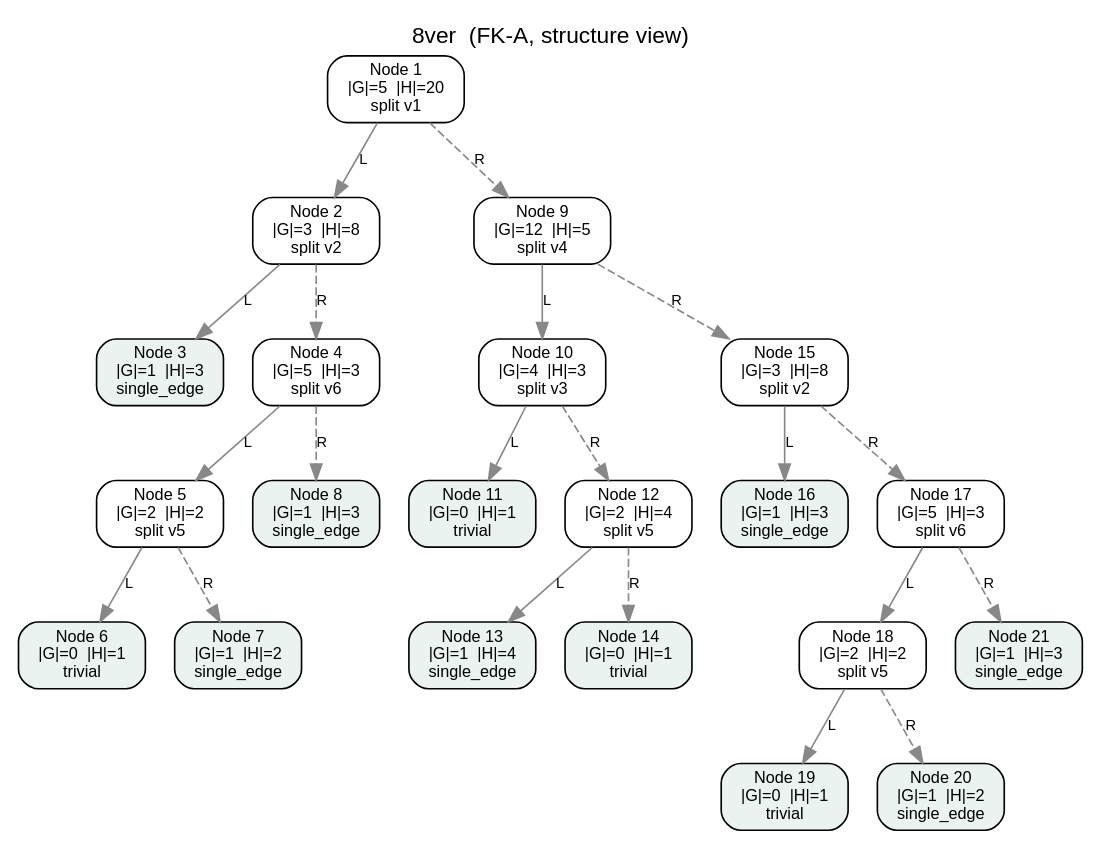
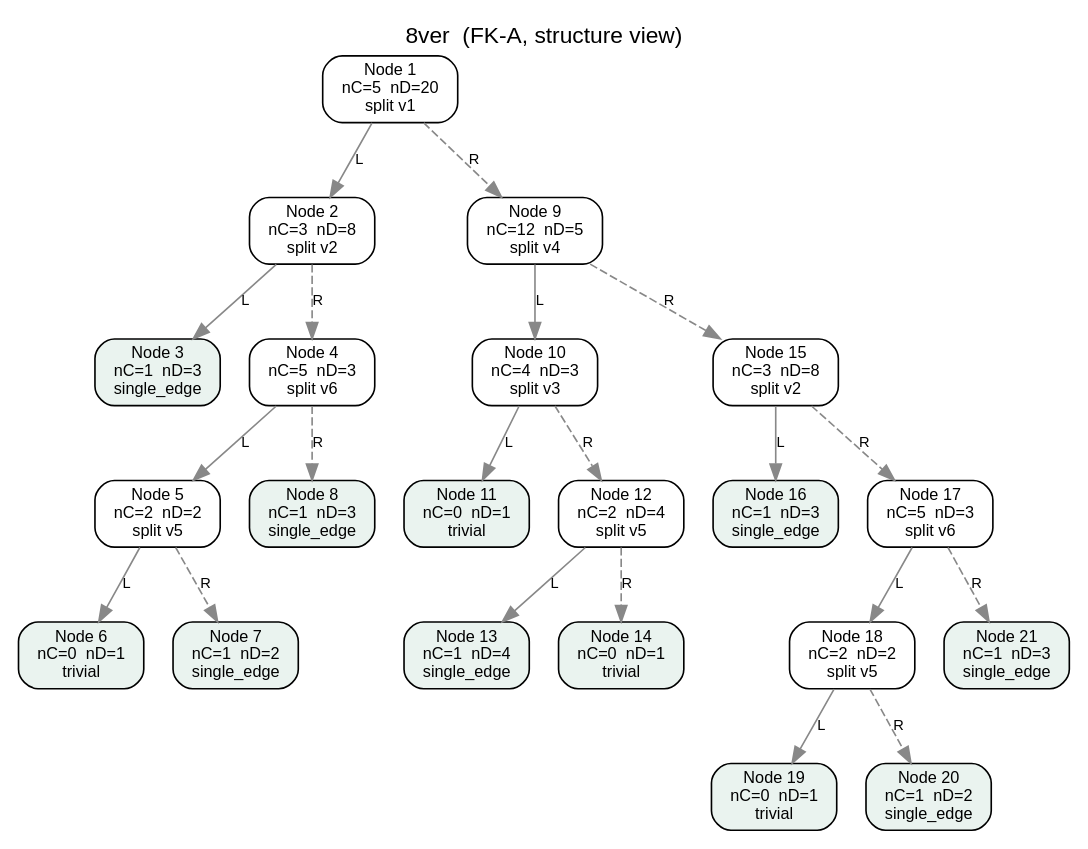
The diagram in results/8ver.fk-a.modified.dot (symonyeal/Hypergraph-Dualization), drawn with Graphviz before and after one commit. The commit also changed 203 other files, not shown here.

```diff
--- a/results/8ver.fk-a.modified.dot
+++ b/results/8ver.fk-a.modified.dot
@@ -1,47 +1,47 @@
 digraph FKA {
   rankdir=TB;
   graph [fontname="Helvetica", labelloc="t", label="8ver  (FK-A, structure view)"];
   node [shape=box, style="rounded,filled", fillcolor="#ffffff", fontname="Helvetica", fontsize=10];
   edge [fontname="Helvetica", fontsize=9, color="#888888"];
-  n1 [label="Node 1\n|G|=5  |H|=20\nsplit v1", fillcolor="#ffffff"];
-  n2 [label="Node 2\n|G|=3  |H|=8\nsplit v2", fillcolor="#ffffff"];
-  n3 [label="Node 3\n|G|=1  |H|=3\nsingle_edge", fillcolor="#eaf3ef"];
-  n4 [label="Node 4\n|G|=5  |H|=3\nsplit v6", fillcolor="#ffffff"];
-  n5 [label="Node 5\n|G|=2  |H|=2\nsplit v5", fillcolor="#ffffff"];
-  n6 [label="Node 6\n|G|=0  |H|=1\ntrivial", fillcolor="#eaf3ef"];
-  n7 [label="Node 7\n|G|=1  |H|=2\nsingle_edge", fillcolor="#eaf3ef"];
-  n8 [label="Node 8\n|G|=1  |H|=3\nsingle_edge", fillcolor="#eaf3ef"];
-  n9 [label="Node 9\n|G|=12  |H|=5\nsplit v4", fillcolor="#ffffff"];
-  n10 [label="Node 10\n|G|=4  |H|=3\nsplit v3", fillcolor="#ffffff"];
-  n11 [label="Node 11\n|G|=0  |H|=1\ntrivial", fillcolor="#eaf3ef"];
-  n12 [label="Node 12\n|G|=2  |H|=4\nsplit v5", fillcolor="#ffffff"];
-  n13 [label="Node 13\n|G|=1  |H|=4\nsingle_edge", fillcolor="#eaf3ef"];
-  n14 [label="Node 14\n|G|=0  |H|=1\ntrivial", fillcolor="#eaf3ef"];
-  n15 [label="Node 15\n|G|=3  |H|=8\nsplit v2", fillcolor="#ffffff"];
-  n16 [label="Node 16\n|G|=1  |H|=3\nsingle_edge", fillcolor="#eaf3ef"];
-  n17 [label="Node 17\n|G|=5  |H|=3\nsplit v6", fillcolor="#ffffff"];
-  n18 [label="Node 18\n|G|=2  |H|=2\nsplit v5", fillcolor="#ffffff"];
-  n19 [label="Node 19\n|G|=0  |H|=1\ntrivial", fillcolor="#eaf3ef"];
-  n20 [label="Node 20\n|G|=1  |H|=2\nsingle_edge", fillcolor="#eaf3ef"];
-  n21 [label="Node 21\n|G|=1  |H|=3\nsingle_edge", fillcolor="#eaf3ef"];
+  n1 [label="Node 1\nnC=5  nD=20\nsplit v1", fillcolor="#ffffff"];
+  n2 [label="Node 2\nnC=3  nD=8\nsplit v2", fillcolor="#ffffff"];
+  n3 [label="Node 3\nnC=1  nD=3\nsingle_edge", fillcolor="#eaf3ef"];
+  n4 [label="Node 4\nnC=5  nD=3\nsplit v6", fillcolor="#ffffff"];
+  n5 [label="Node 5\nnC=2  nD=2\nsplit v5", fillcolor="#ffffff"];
+  n6 [label="Node 6\nnC=0  nD=1\ntrivial", fillcolor="#eaf3ef"];
+  n7 [label="Node 7\nnC=1  nD=2\nsingle_edge", fillcolor="#eaf3ef"];
+  n8 [label="Node 8\nnC=1  nD=3\nsingle_edge", fillcolor="#eaf3ef"];
+  n9 [label="Node 9\nnC=12  nD=5\nsplit v4", fillcolor="#ffffff"];
+  n10 [label="Node 10\nnC=4  nD=3\nsplit v3", fillcolor="#ffffff"];
+  n11 [label="Node 11\nnC=0  nD=1\ntrivial", fillcolor="#eaf3ef"];
+  n12 [label="Node 12\nnC=2  nD=4\nsplit v5", fillcolor="#ffffff"];
+  n13 [label="Node 13\nnC=1  nD=4\nsingle_edge", fillcolor="#eaf3ef"];
+  n14 [label="Node 14\nnC=0  nD=1\ntrivial", fillcolor="#eaf3ef"];
+  n15 [label="Node 15\nnC=3  nD=8\nsplit v2", fillcolor="#ffffff"];
+  n16 [label="Node 16\nnC=1  nD=3\nsingle_edge", fillcolor="#eaf3ef"];
+  n17 [label="Node 17\nnC=5  nD=3\nsplit v6", fillcolor="#ffffff"];
+  n18 [label="Node 18\nnC=2  nD=2\nsplit v5", fillcolor="#ffffff"];
+  n19 [label="Node 19\nnC=0  nD=1\ntrivial", fillcolor="#eaf3ef"];
+  n20 [label="Node 20\nnC=1  nD=2\nsingle_edge", fillcolor="#eaf3ef"];
+  n21 [label="Node 21\nnC=1  nD=3\nsingle_edge", fillcolor="#eaf3ef"];
   n1 -> n2 [label="L", style=solid];
   n1 -> n9 [label="R", style=dashed];
   n2 -> n3 [label="L", style=solid];
   n2 -> n4 [label="R", style=dashed];
   n4 -> n5 [label="L", style=solid];
   n4 -> n8 [label="R", style=dashed];
   n5 -> n6 [label="L", style=solid];
   n5 -> n7 [label="R", style=dashed];
   n9 -> n10 [label="L", style=solid];
   n9 -> n15 [label="R", style=dashed];
   n10 -> n11 [label="L", style=solid];
   n10 -> n12 [label="R", style=dashed];
   n12 -> n13 [label="L", style=solid];
   n12 -> n14 [label="R", style=dashed];
   n15 -> n16 [label="L", style=solid];
   n15 -> n17 [label="R", style=dashed];
   n17 -> n18 [label="L", style=solid];
   n17 -> n21 [label="R", style=dashed];
   n18 -> n19 [label="L", style=solid];
   n18 -> n20 [label="R", style=dashed];
 }
```
